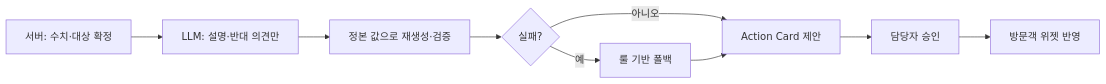
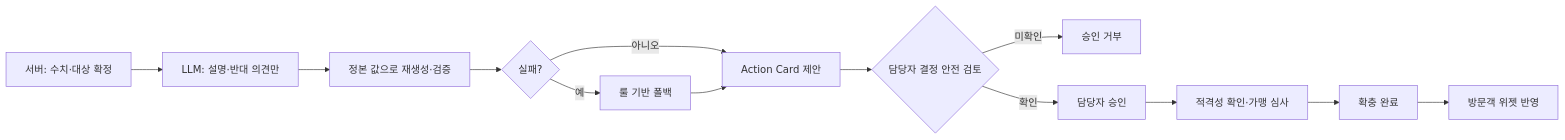
The second of 2 diagrams in README.md (yutakdv/sangseng-navigator), drawn with Mermaid before and after one commit. The commit also changed other lines of this file and 17 other files, not shown here.

````diff
--- a/README.md
+++ b/README.md
@@ -174,10 +177,15 @@
 ```mermaid
 flowchart LR
   S[서버: 수치·대상 확정] --> L[LLM: 설명·반대 의견만]
   L --> G[정본 값으로 재생성·검증]
   G --> F{실패?}
   F -->|예| R[룰 기반 폴백]
   F -->|아니오| C[Action Card 제안]
   R --> C
-  C --> A[담당자 승인] --> W[방문객 위젯 반영]
+  C --> H{담당자 결정 안전 검토}
+  H -->|미확인| X[승인 거부]
+  H -->|확인| A[담당자 승인]
+  A --> E[적격성 확인·가맹 심사]
+  E --> D[확충 완료]
+  D --> W[방문객 위젯 반영]
 ```
````
